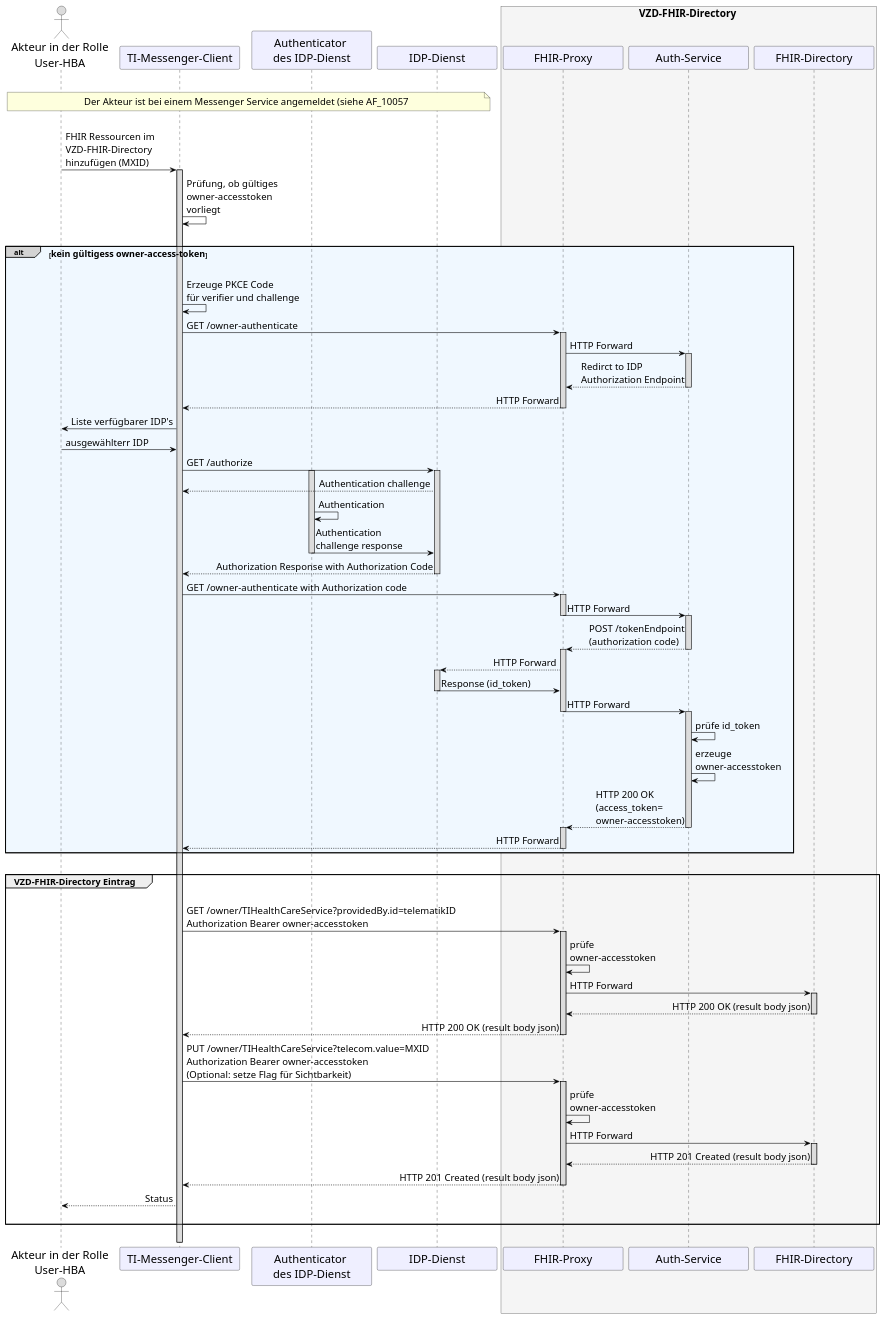
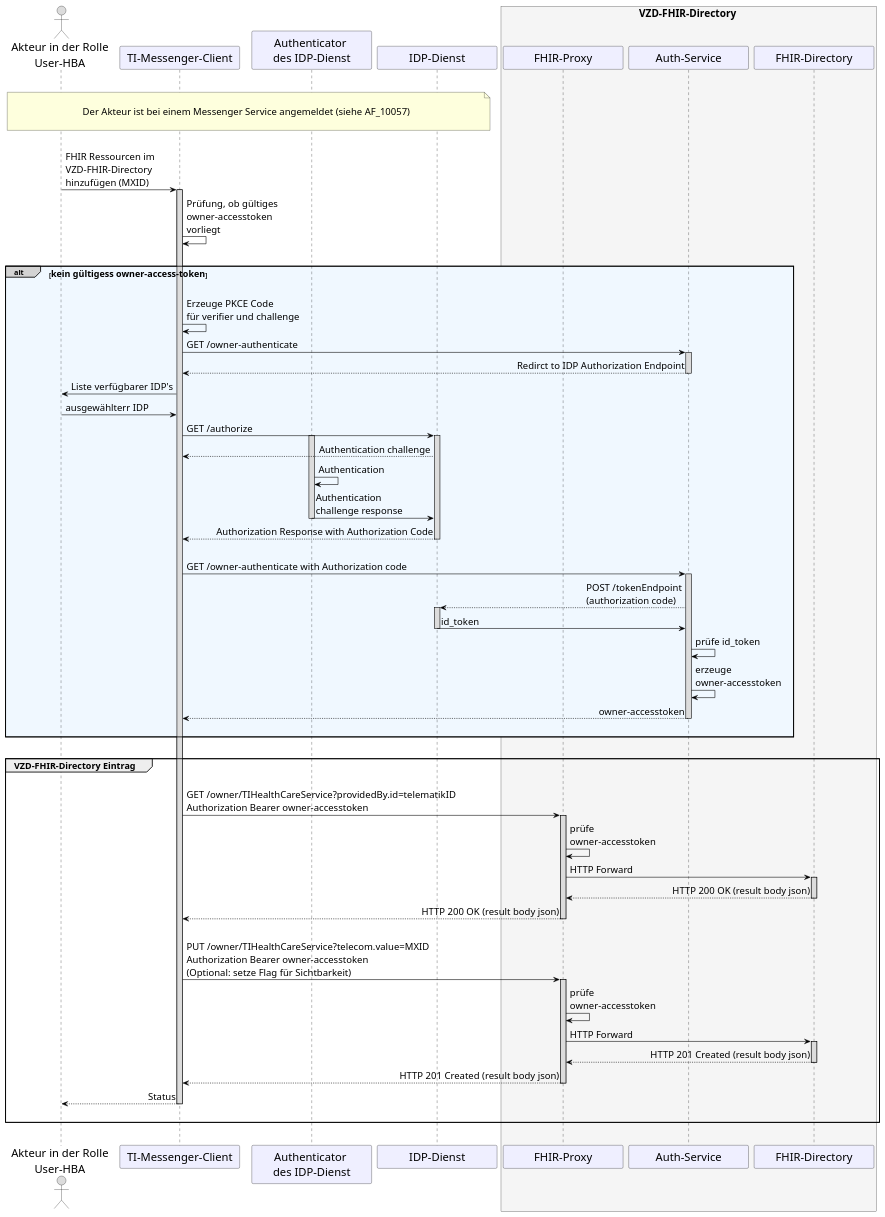
One commit to gematik/api-ti-messenger changed the diagram in src/plantuml/TI-Messenger-Dienst/Ressourcen/UC_10058_Seq.puml. Above: the diagram before and after it, drawn with PlantUML.

```diff
--- a/src/plantuml/TI-Messenger-Dienst/Ressourcen/UC_10058_Seq.puml
+++ b/src/plantuml/TI-Messenger-Dienst/Ressourcen/UC_10058_Seq.puml
@@ -9,125 +9,114 @@
 @startuml
 skinparam sequenceMessageAlign direction
 skinparam minClassWidth 200
 skinparam BoxPadding 1
 skinparam sequenceReferenceHeaderBackgroundColor palegreen
 scale max 2048 width
 
 skinparam sequence {
 ArrowColor black
 ArrowFontSize 17
 ActorBorderColor black
 LifeLineBorderColor black
 LifeLineBackgroundColor Gainsboro
 
 ParticipantBorderColor Motivation
 ParticipantBackgroundColor Motivation
 ParticipantFontName Impact
 ParticipantFontSize 20
 ParticipantFontColor black
 ParticipantBorderColor Black
 ParticipantBackgroundColor MOTIVATION
 
 ActorBackgroundColor Gainsboro
 ActorFontColor black
 ActorFontSize 20
 ActorFontName Aapex
 }
     actor U as "Akteur in der Rolle\nUser-HBA"
     participant C as "TI-Messenger-Client"
     participant A as "Authenticator \ndes IDP-Dienst"
     participant I as "IDP-Dienst" 
     box <size:18>VZD-FHIR-Directory</size> #WhiteSmoke
       participant FP as "FHIR-Proxy"
       participant Auth as "Auth-Service"
       participant VZD as "FHIR-Directory"
     end box
 
 |||
-note over U, I: <size:17>Der Akteur ist bei einem Messenger Service angemeldet (siehe AF_10057</size>
+note over U, I: \n<size:17>Der Akteur ist bei einem Messenger Service angemeldet (siehe AF_10057)</size>\n
 |||
 
 U->C: FHIR Ressourcen im \nVZD-FHIR-Directory \nhinzufügen (MXID)
   Activate C
 C->C: Prüfung, ob gültiges \nowner-accesstoken \nvorliegt
 
 |||
 alt#LightGrey #AliceBlue <size:16>kein gültigess owner-access-token</size>
 |||
 
   C->C: Erzeuge PKCE Code \nfür verifier und challenge
-  C->FP: GET /owner-authenticate
-    Activate FP
-  FP->Auth: HTTP Forward
+  C->Auth: GET /owner-authenticate
     Activate Auth
-  Auth-->FP: Redirct to IDP \nAuthorization Endpoint
+  Auth-->C: Redirct to IDP Authorization Endpoint
     Deactivate Auth
-  FP-->C: HTTP Forward
-    Deactivate FP
-        
+
   C->U: Liste verfügbarer IDP's
   U->C: ausgewählterr IDP
     
   C->I: GET /authorize
     Activate A
     Activate I
   I-->C: Authentication challenge
   A->A: Authentication
   A->I: Authentication \nchallenge response
     Deactivate A
   I-->C: Authorization Response with Authorization Code
     Deactivate I
-          
-  C->FP: GET /owner-authenticate with Authorization code
-    Activate FP
-  FP->Auth: HTTP Forward
-    Deactivate FP
+       
+  |||          
+  C->Auth: GET /owner-authenticate with Authorization code
     Activate Auth
-  Auth-->FP: POST /tokenEndpoint\n(authorization code)
-    Deactivate Auth
-    Activate FP
-  FP-->I: HTTP Forward
+  Auth-->I: POST /tokenEndpoint\n(authorization code)
     Activate I
-  I->FP: Response (id_token)
+  I->Auth: id_token
     Deactivate I
-  FP->Auth: HTTP Forward
-    Deactivate FP
-    Activate Auth
   Auth->Auth: prüfe id_token
   Auth->Auth: erzeuge \nowner-accesstoken
-  Auth-->FP: HTTP 200 OK \n(access_token=\nowner-accesstoken)
+  Auth-->C: owner-accesstoken
     Deactivate Auth
-    Activate FP
-  FP-->C: HTTP Forward
-    Deactivate FP
+  |||
 end
       
 |||
 
 group <size:16>VZD-FHIR-Directory Eintrag</size>
   |||
   C->FP: GET /owner/TIHealthCareService?providedBy.id=telematikID \nAuthorization Bearer owner-accesstoken
     Activate FP
   FP->FP: prüfe \nowner-accesstoken
   FP->VZD: HTTP Forward
     Activate VZD
   VZD-->FP: HTTP 200 OK (result body json)
     Deactivate VZD
   FP-->C: HTTP 200 OK (result body json)
     Deactivate FP
+    
+  |||
   C->FP: PUT /owner/TIHealthCareService?telecom.value=MXID \nAuthorization Bearer owner-accesstoken \n(Optional: setze Flag für Sichtbarkeit)
     Activate FP
   FP->FP: prüfe \nowner-accesstoken
   FP->VZD: HTTP Forward
     Activate VZD
   VZD-->FP: HTTP 201 Created (result body json)
     Deactivate VZD
   FP-->C: HTTP 201 Created (result body json)
     Deactivate FP
   C-->U: Status    
+    Deactivate C
   |||
 end
 |||
 
   Deactivate C
 @enduml
```
